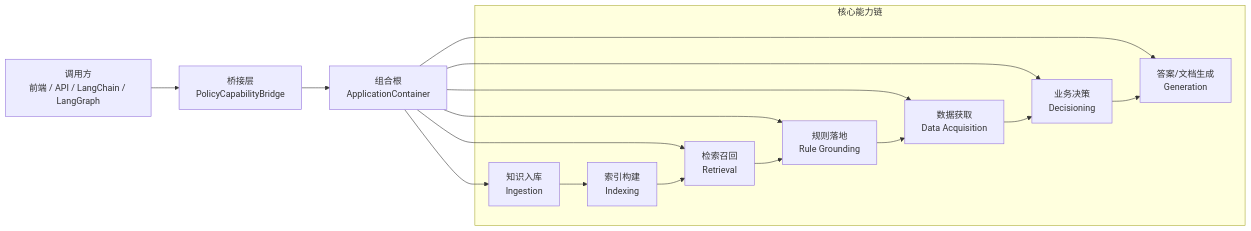
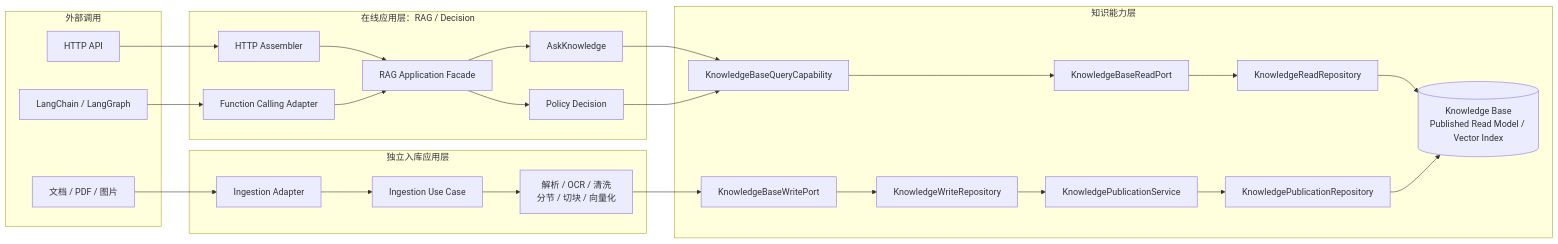
The third of 3 diagrams in ARCHITECTURE.md (Hr222/bid-document-agent), drawn with Mermaid before and after one commit. The commit also changed other lines of this file and 229 other files, not shown here.

````diff
--- a/ARCHITECTURE.md
+++ b/ARCHITECTURE.md
@@ -42,23 +194,56 @@
 ```mermaid
 flowchart LR
-    U["调用方<br/>前端 / API / LangChain / LangGraph"] --> B["桥接层<br/>PolicyCapabilityBridge"]
-    B --> C["组合根<br/>ApplicationContainer"]
-
-    subgraph CORE["核心能力链"]
-        I["知识入库<br/>Ingestion"]
-        X["索引构建<br/>Indexing"]
-        R["检索召回<br/>Retrieval"]
-        G["规则落地<br/>Rule Grounding"]
-        D["数据获取<br/>Data Acquisition"]
-        J["业务决策<br/>Decisioning"]
-        A["答案/文档生成<br/>Generation"]
+    subgraph External["外部调用"]
+        HTTP["HTTP API"]
+        Agent["LangChain / LangGraph"]
+        Source["文档 / PDF / 图片"]
     end
 
-    C --> I
-    C --> R
-    C --> G
-    C --> D
-    C --> J
-    C --> A
-    I --> X --> R --> G --> D --> J --> A
+    subgraph Online["在线应用层：RAG / Decision"]
+        HttpAdapter["HTTP Assembler"]
+        ToolAdapter["Function Calling Adapter"]
+        Facade["RAG Application Facade"]
+        Ask["AskKnowledge"]
+        Decision["Policy Decision"]
+    end
+
+    subgraph Knowledge["知识能力层"]
+        Query["KnowledgeBaseQueryCapability"]
+        Read["KnowledgeBaseReadPort"]
+        ReadRepo["KnowledgeReadRepository"]
+        Write["KnowledgeBaseWritePort"]
+        WriteRepo["KnowledgeWriteRepository"]
+        Publish["KnowledgePublicationService"]
+        PublishRepo["KnowledgePublicationRepository"]
+        Store[("Knowledge Base<br/>Published Read Model / Vector Index")]
+    end
+
+    subgraph Ingestion["独立入库应用层"]
+        IngestAdapter["Ingestion Adapter"]
+        Ingest["Ingestion Use Case"]
+        Pipeline["解析 / OCR / 清洗<br/>分节 / 切块 / 向量化"]
+    end
+
+    HTTP --> HttpAdapter
+    Agent --> ToolAdapter
+
+    HttpAdapter --> Facade
+    ToolAdapter --> Facade
+    Facade --> Ask
+    Facade --> Decision
+
+    Ask --> Query
+    Decision --> Query
+    Query --> Read
+    Read --> ReadRepo
+    ReadRepo --> Store
+
+    Source --> IngestAdapter
+    IngestAdapter --> Ingest
+    Ingest --> Pipeline
+    Pipeline --> Write
+    Write --> WriteRepo
+    WriteRepo --> Publish
+    Publish --> PublishRepo
+    PublishRepo --> Store
 ```
````
